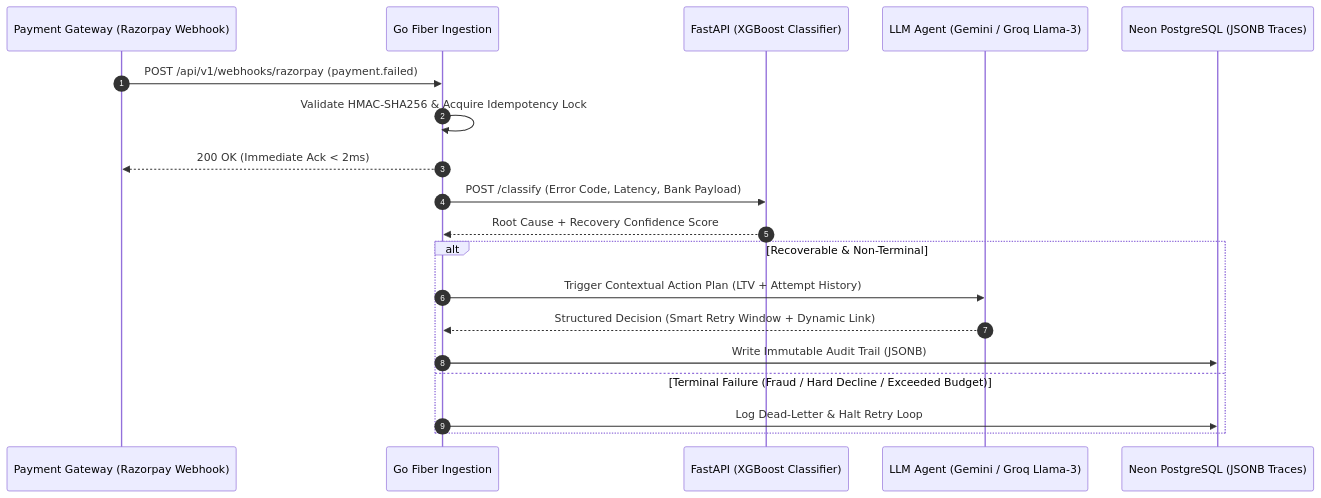
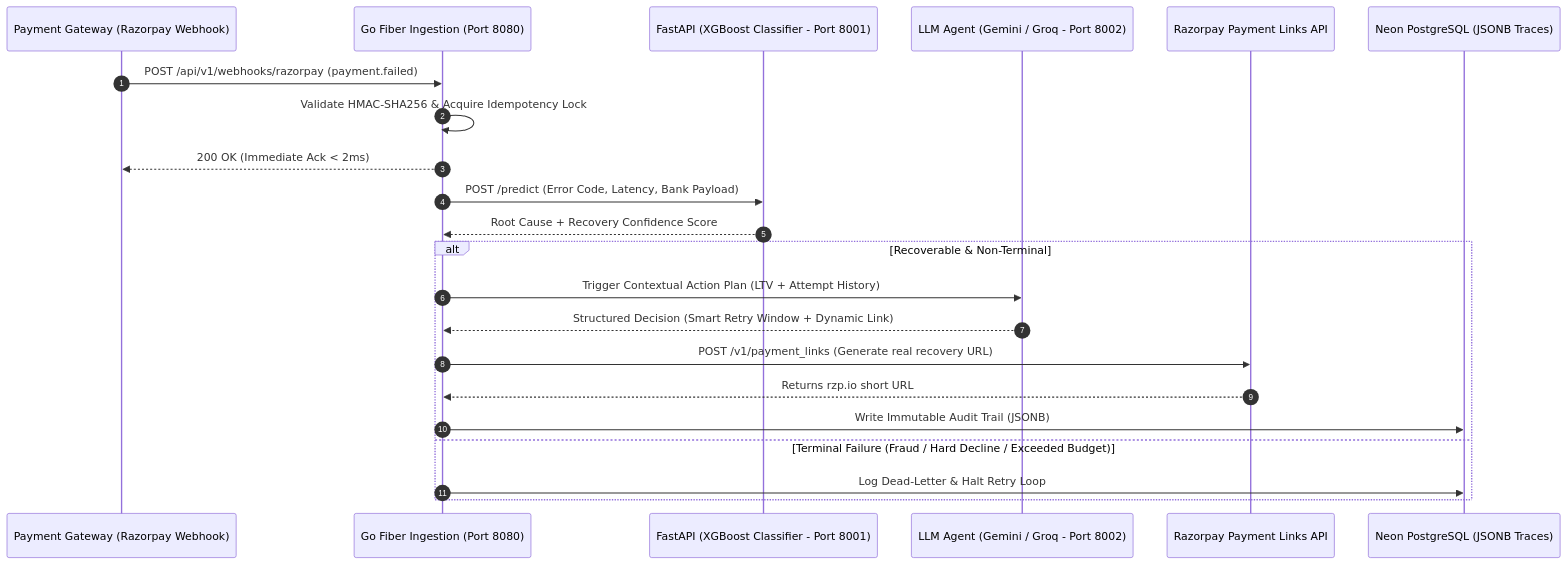
One commit to NitheeshP19/AI-Revenue-recovery-Engine changed the diagram in README.md. Above: the diagram before and after it, drawn with Mermaid. The commit also changed other lines of this file and 1 other file, not shown here.

````diff
--- a/README.md
+++ b/README.md
@@ -48,21 +50,25 @@
 ```mermaid
 sequenceDiagram
 autonumber
 participant GW as Payment Gateway (Razorpay Webhook)
-participant GO as Go Fiber Ingestion
-participant ML as FastAPI (XGBoost Classifier)
-participant AI as LLM Agent (Gemini / Groq Llama-3)
+participant GO as Go Fiber Ingestion (Port 8080)
+participant ML as FastAPI (XGBoost Classifier - Port 8001)
+participant AI as LLM Agent (Gemini / Groq - Port 8002)
+participant RZP as Razorpay Payment Links API
 participant DB as Neon PostgreSQL (JSONB Traces)
+
 GW->>GO: POST /api/v1/webhooks/razorpay (payment.failed)
 GO->>GO: Validate HMAC-SHA256 & Acquire Idempotency Lock
 GO-->>GW: 200 OK (Immediate Ack < 2ms)
-GO->>ML: POST /classify (Error Code, Latency, Bank Payload)
+GO->>ML: POST /predict (Error Code, Latency, Bank Payload)
 ML-->>GO: Root Cause + Recovery Confidence Score
 alt Recoverable & Non-Terminal
-GO->>AI: Trigger Contextual Action Plan (LTV + Attempt History)
-AI-->>GO: Structured Decision (Smart Retry Window + Dynamic Link)
-GO->>DB: Write Immutable Audit Trail (JSONB)
+    GO->>AI: Trigger Contextual Action Plan (LTV + Attempt History)
+    AI-->>GO: Structured Decision (Smart Retry Window + Dynamic Link)
+    GO->>RZP: POST /v1/payment_links (Generate real recovery URL)
+    RZP-->>GO: Returns rzp.io short URL
+    GO->>DB: Write Immutable Audit Trail (JSONB)
 else Terminal Failure (Fraud / Hard Decline / Exceeded Budget)
-GO->>DB: Log Dead-Letter & Halt Retry Loop
+    GO->>DB: Log Dead-Letter & Halt Retry Loop
 end
 ```
````
